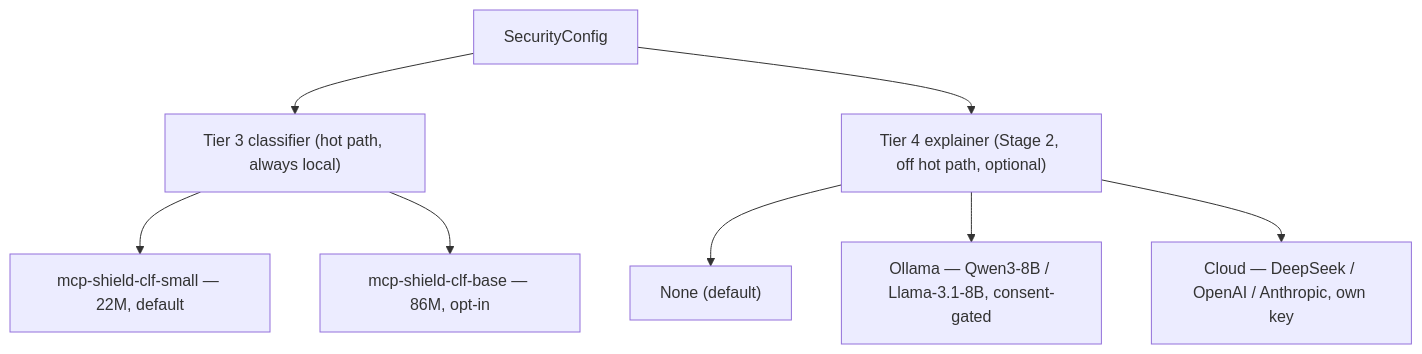
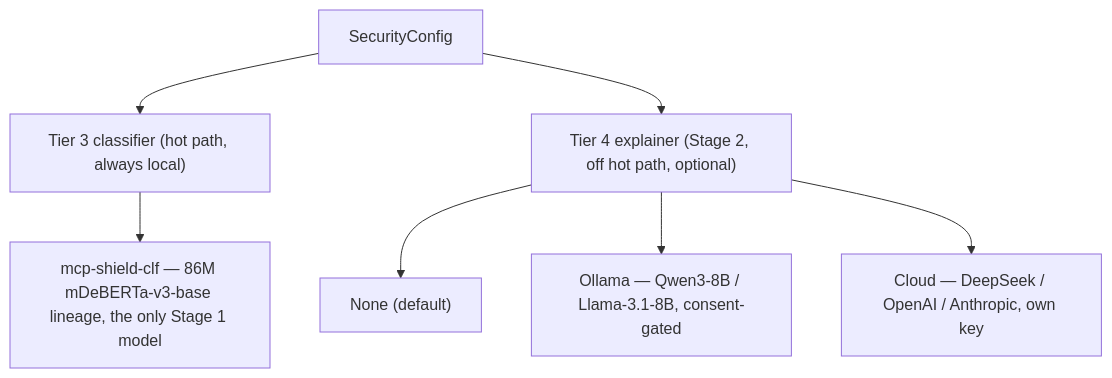
One commit to rishikeshvarma/MCP-Shield changed the fourth of 5 diagrams in 07 - Model Distribution, PyPI Packaging & Local Dashboard.md. Above: the diagram before and after it, drawn with Mermaid. The commit also changed other lines of this file and 13 other files, not shown here.

First line of the commit message:
Fix table rendering in Review-2 content; export diagrams as PNGs

````diff
--- a/07 - Model Distribution, PyPI Packaging & Local Dashboard.md
+++ b/07 - Model Distribution, PyPI Packaging & Local Dashboard.md
@@ -265,12 +265,11 @@
 ```mermaid
 graph TD
     Config["SecurityConfig"] --> T3["Tier 3 classifier (hot path, always local)"]
     Config --> T4["Tier 4 explainer (Stage 2, off hot path, optional)"]
 
-    T3 --> C1["mcp-shield-clf-small — 22M, default"]
-    T3 --> C2["mcp-shield-clf-base — 86M, opt-in"]
+    T3 --> C1["mcp-shield-clf — 86M mDeBERTa-v3-base lineage, the only Stage 1 model"]
 
     T4 --> E0["None (default)"]
     T4 --> E1["Ollama — Qwen3-8B / Llama-3.1-8B, consent-gated"]
     T4 --> E2["Cloud — DeepSeek / OpenAI / Anthropic, own key"]
 ```
````
